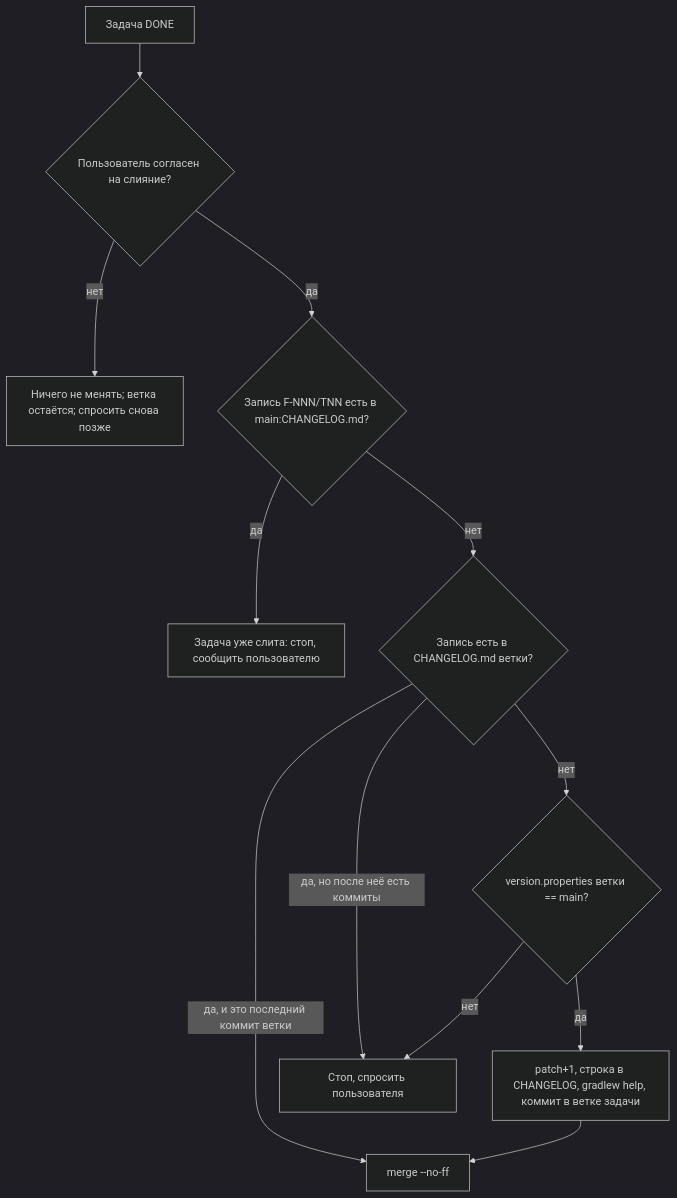
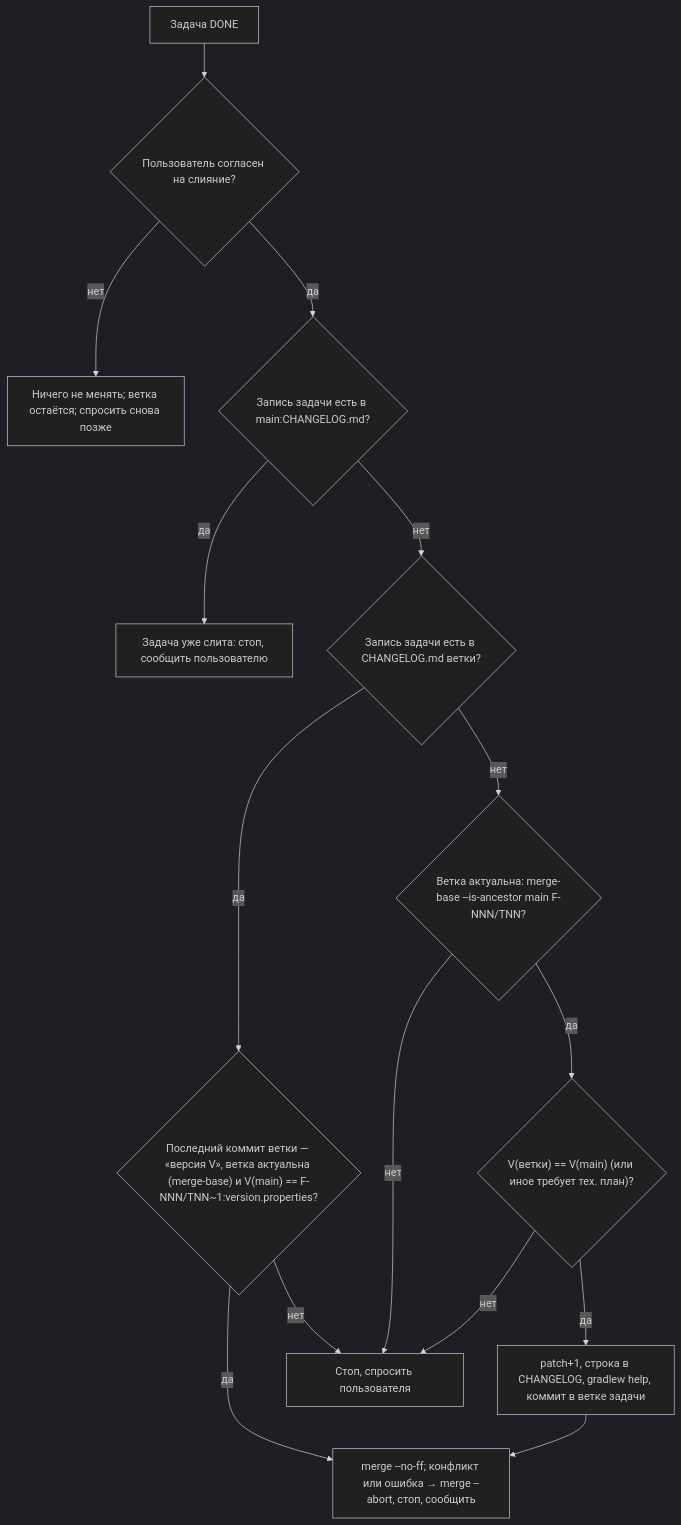
One commit to Desertniy/auto-statistic changed the second of 2 diagrams in docs/features/F-012-app-versioning/architecture.md. Above: the diagram before and after it, drawn with Mermaid (dark theme). The commit also changed other lines of this file and 2 other files, not shown here.

Commit message:
F-012/T03: architecture.md — Поток 3 ссылается на WORKFLOW §7

````diff
--- a/docs/features/F-012-app-versioning/architecture.md
+++ b/docs/features/F-012-app-versioning/architecture.md
@@ -137,13 +143,16 @@
 ```mermaid
 flowchart TD
   A[Задача DONE] --> B{Пользователь согласен на слияние?}
   B -- нет --> Z[Ничего не менять; ветка остаётся; спросить снова позже]
-  B -- да --> C{Запись F-NNN/TNN есть в main:CHANGELOG.md?}
+  B -- да --> C{Запись задачи есть в main:CHANGELOG.md?}
   C -- да --> Y[Задача уже слита: стоп, сообщить пользователю]
-  C -- нет --> D{Запись есть в CHANGELOG.md ветки?}
-  D -- да, и это последний коммит ветки --> M[merge --no-ff]
-  D -- да, но после неё есть коммиты --> X[Стоп, спросить пользователя]
-  D -- нет --> E{version.properties ветки == main?}
+  C -- нет --> D{Запись задачи есть в CHANGELOG.md ветки?}
+  D -- да --> D2{"Последний коммит ветки — «версия V», ветка актуальна (merge-base) и V(main) == F-NNN/TNN~1:version.properties?"}
+  D2 -- да --> M[merge --no-ff; конфликт или ошибка → merge --abort, стоп, сообщить]
+  D2 -- нет --> X[Стоп, спросить пользователя]
+  D -- нет --> E{"Ветка актуальна: merge-base --is-ancestor main F-NNN/TNN?"}
   E -- нет --> X
-  E -- да --> F[patch+1, строка в CHANGELOG, gradlew help, коммит в ветке задачи] --> M
+  E -- да --> E2{"V(ветки) == V(main) (или иное требует тех. план)?"}
+  E2 -- нет --> X
+  E2 -- да --> F[patch+1, строка в CHANGELOG, gradlew help, коммит в ветке задачи] --> M
 ```
````
